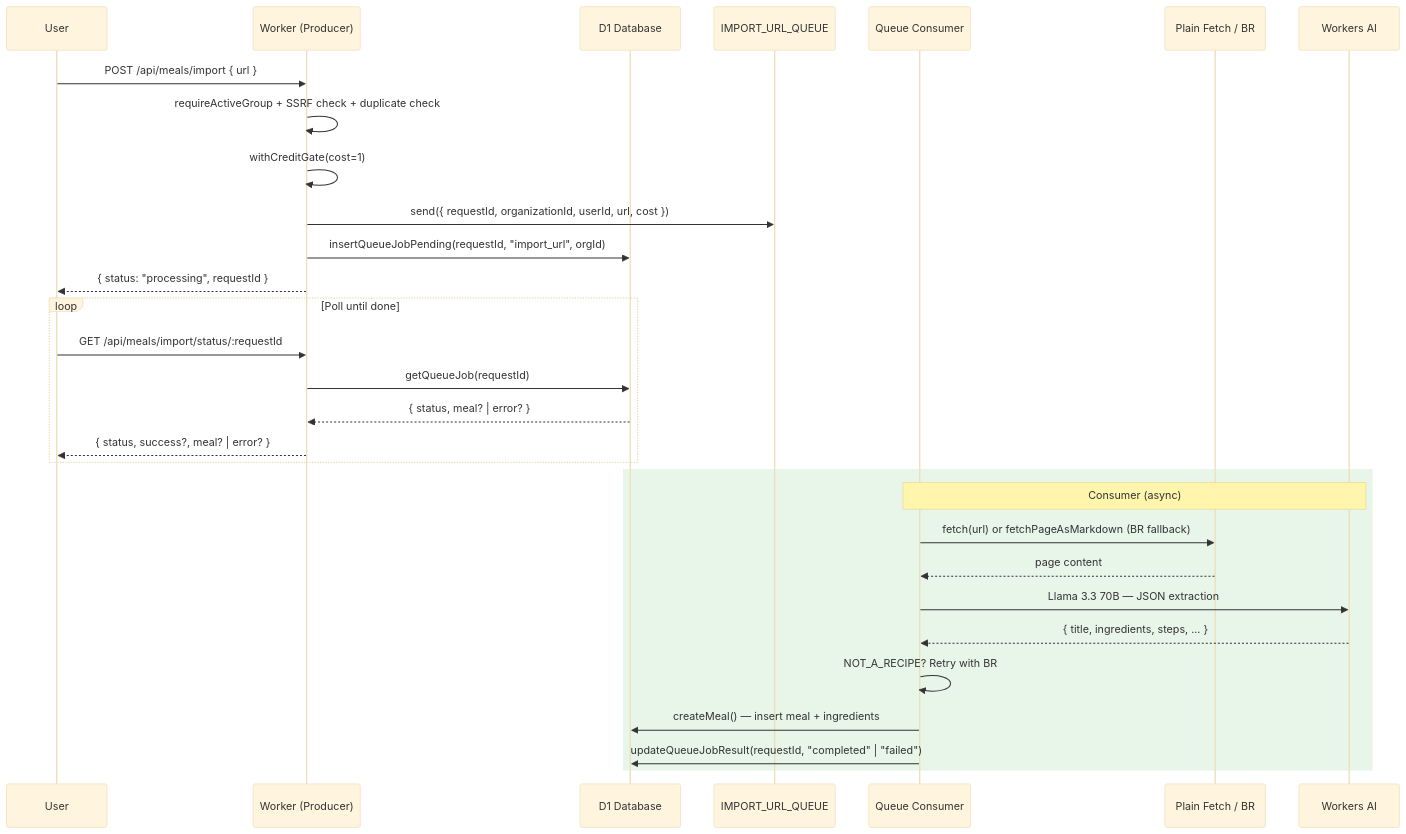
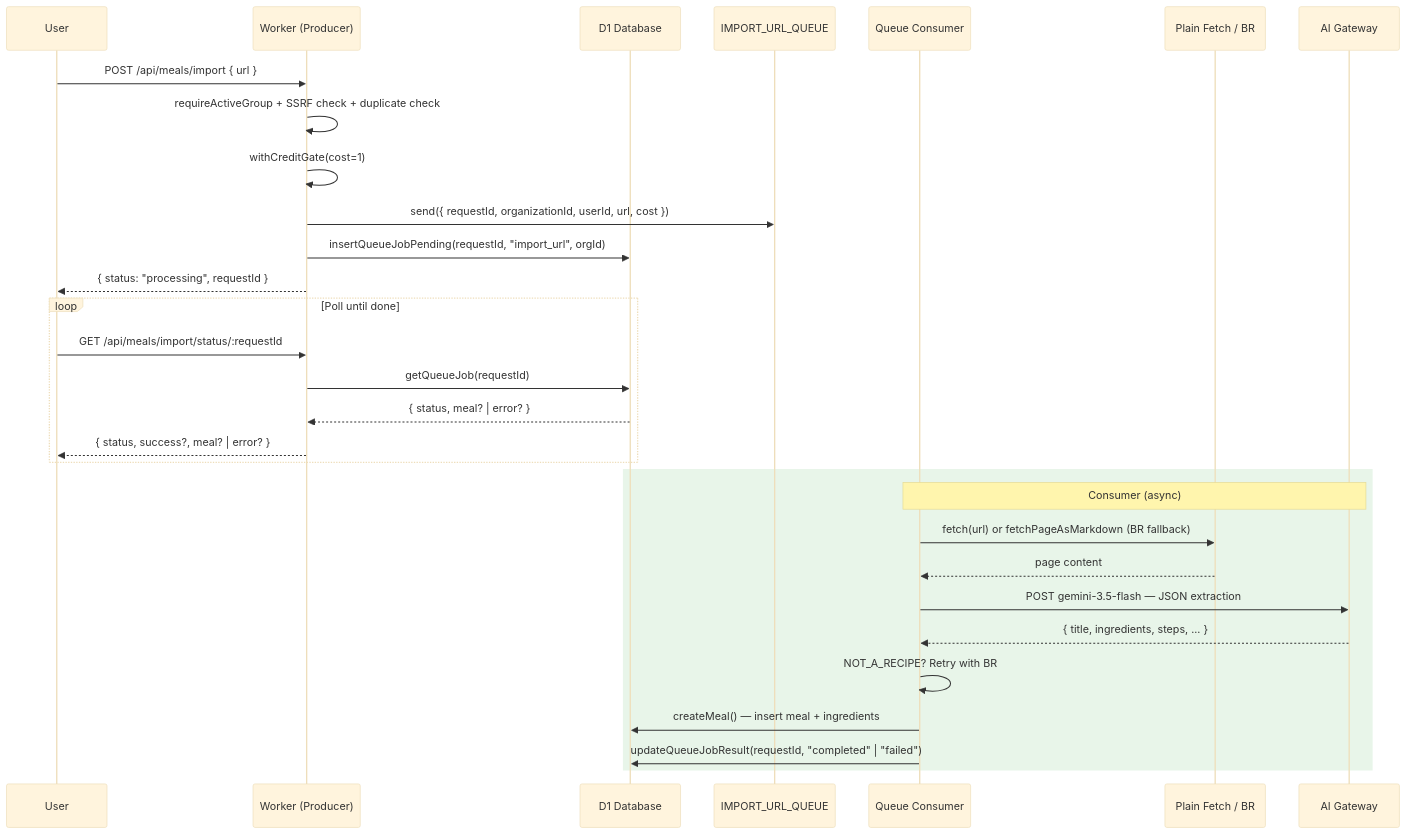
Before and after one commit to bjamesdowning/ration-mirror: diagram 13 of 21 in README.md, drawn with Mermaid (base theme). The commit also changed other lines of this file and 30 other files, not shown here.

First line of the commit message:
fix: unblock Workers Builds, upgrade Gemini, OAuth-first MCP docs

````diff
--- a/README.md
+++ b/README.md
@@ -569,35 +570,35 @@
 ```mermaid
 sequenceDiagram
     participant User as User
     participant Worker as Worker (Producer)
     participant D1 as D1 Database
     participant Queue as IMPORT_URL_QUEUE
     participant Consumer as Queue Consumer
     participant Fetch as Plain Fetch / BR
-    participant AI as Workers AI
+    participant AIGateway as AI Gateway
 
     User->>Worker: POST /api/meals/import { url }
     Worker->>Worker: requireActiveGroup + SSRF check + duplicate check
     Worker->>Worker: withCreditGate(cost=1)
     Worker->>Queue: send({ requestId, organizationId, userId, url, cost })
     Worker->>D1: insertQueueJobPending(requestId, "import_url", orgId)
     Worker-->>User: { status: "processing", requestId }
 
     loop Poll until done
         User->>Worker: GET /api/meals/import/status/:requestId
         Worker->>D1: getQueueJob(requestId)
         D1-->>Worker: { status, meal? | error? }
         Worker-->>User: { status, success?, meal? | error? }
     end
 
     rect rgb(232, 245, 233)
-        Note over Consumer,AI: Consumer (async)
+        Note over Consumer,AIGateway: Consumer (async)
         Consumer->>Fetch: fetch(url) or fetchPageAsMarkdown (BR fallback)
         Fetch-->>Consumer: page content
-        Consumer->>AI: Llama 3.3 70B — JSON extraction
-        AI-->>Consumer: { title, ingredients, steps, ... }
+        Consumer->>AIGateway: POST gemini-3.5-flash — JSON extraction
+        AIGateway-->>Consumer: { title, ingredients, steps, ... }
         Consumer->>Consumer: NOT_A_RECIPE? Retry with BR
         Consumer->>D1: createMeal() — insert meal + ingredients
         Consumer->>D1: updateQueueJobResult(requestId, "completed" | "failed")
     end
 ```
````
